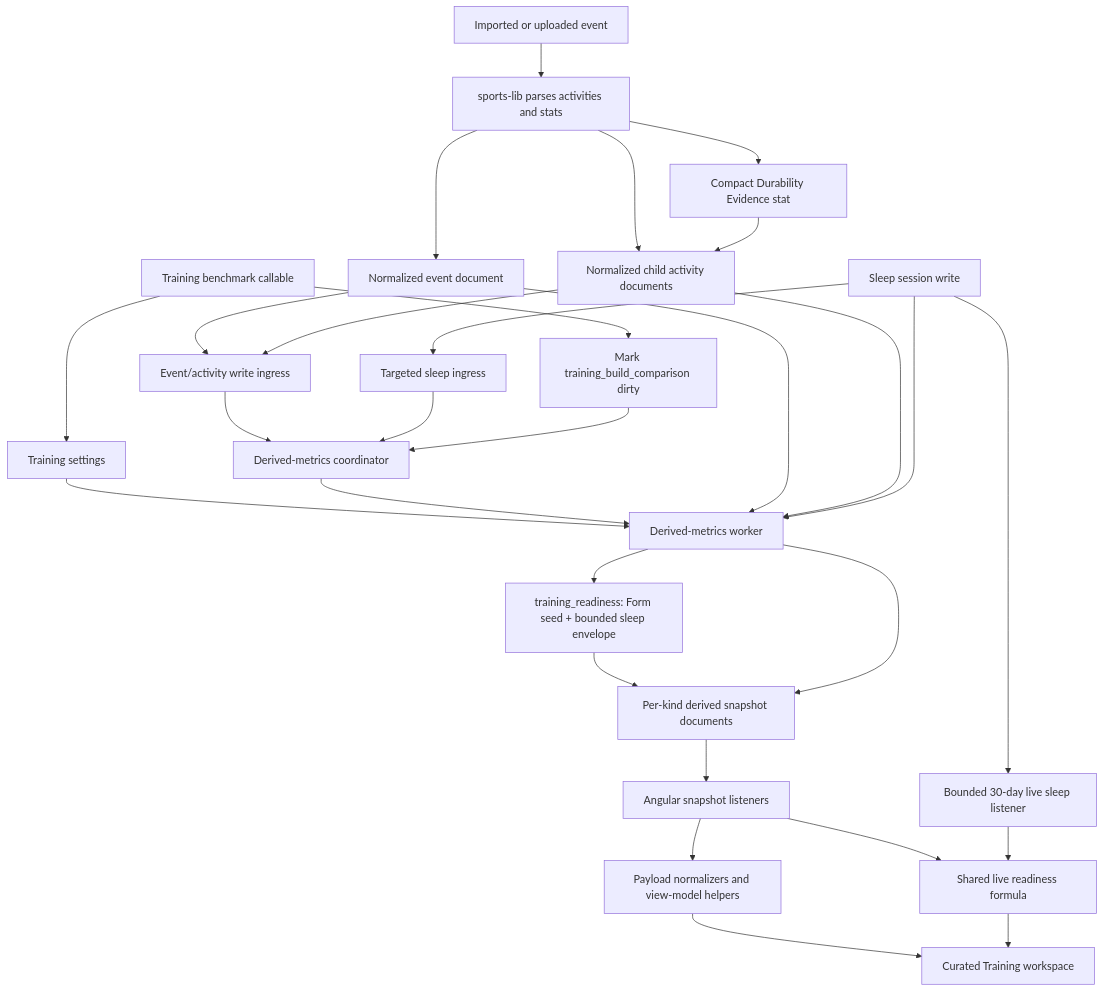
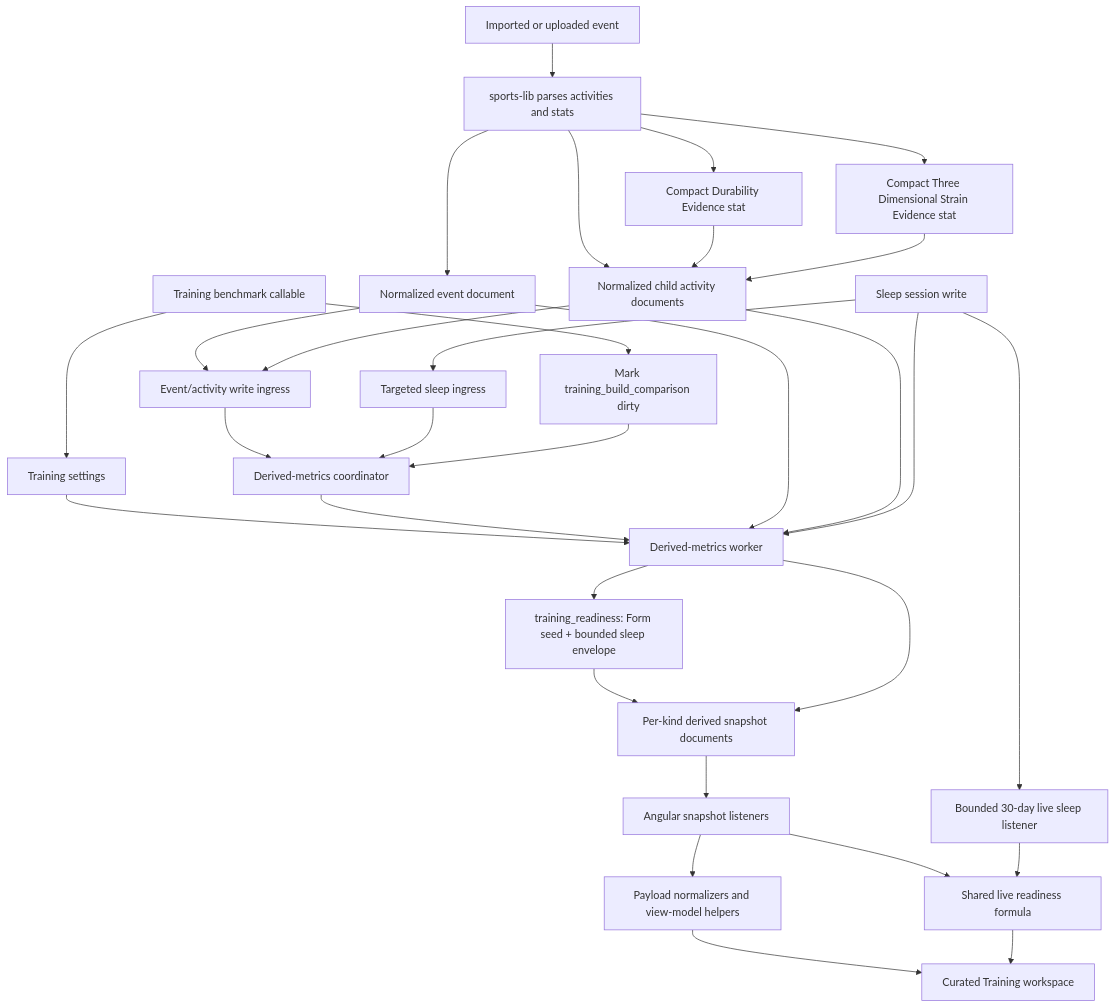
The diagram in docs/training-workspace.md (jimmykane/quantified-self), drawn with Mermaid before and after one commit. The commit also changed other lines of this file and 17 other files, not shown here.

````diff
--- a/docs/training-workspace.md
+++ b/docs/training-workspace.md
@@ -86,31 +91,33 @@
 ```mermaid
 flowchart TD
     A["Imported or uploaded event"] --> B["sports-lib parses activities and stats"]
     B --> C["Normalized event document"]
     B --> D["Normalized child activity documents"]
     B --> E["Compact Durability Evidence stat"]
     E --> D
+    B --> PS["Compact Three Dimensional Strain Evidence stat"]
+    PS --> D
     C --> F["Event/activity write ingress"]
     D --> F
     S["Sleep session write"] --> G["Targeted sleep ingress"]
     S --> P["Bounded 30-day live sleep listener"]
     U["Training benchmark callable"] --> H["Training settings"]
     U --> I["Mark training_build_comparison dirty"]
     F --> J["Derived-metrics coordinator"]
     G --> J
     I --> J
     H --> K["Derived-metrics worker"]
     J --> K
     C --> K
     D --> K
     S --> K
     K --> R["training_readiness: Form seed + bounded sleep envelope"]
     R --> L["Per-kind derived snapshot documents"]
     K --> L
     L --> M["Angular snapshot listeners"]
     M --> N["Payload normalizers and view-model helpers"]
     N --> O["Curated Training workspace"]
     M --> Q["Shared live readiness formula"]
     P --> Q
     Q --> O
 ```
````
